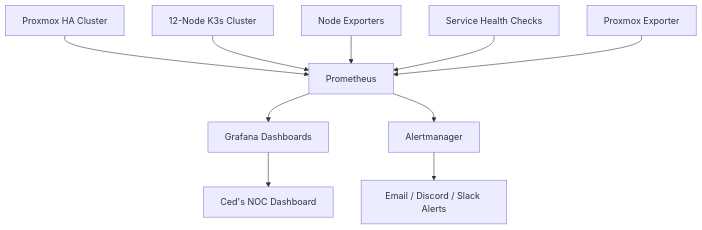
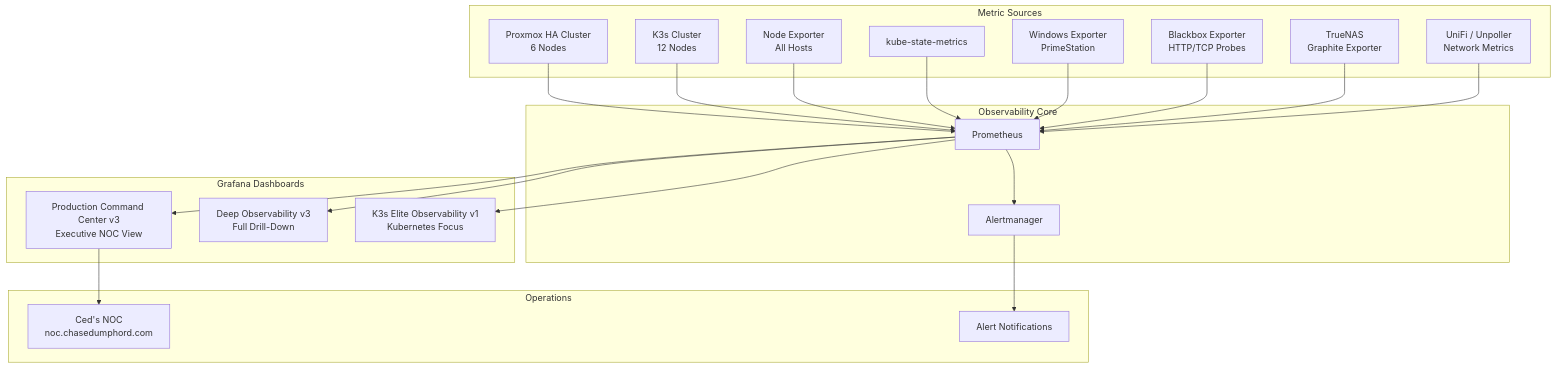
Before and after one commit to ced4568/ceds-observability-stack: the diagram in README.md, drawn with Mermaid. The commit also changed other lines of this file, not shown here.

Commit message:
docs: complete README rewrite with live dashboard documentation

````diff
--- a/README.md
+++ b/README.md
@@ -97,14 +25,35 @@
 ```mermaid
 flowchart TD
-    A[Proxmox HA Cluster] --> P[Prometheus]
-    B[12-Node K3s Cluster] --> P
-    C[Node Exporters] --> P
-    D[Service Health Checks] --> P
-    E[Proxmox Exporter] --> P
+    subgraph Sources["Metric Sources"]
+        PVE[Proxmox HA Cluster<br/>6 Nodes]
+        K3S[K3s Cluster<br/>12 Nodes]
+        NODE[Node Exporter<br/>All Hosts]
+        KSM[kube-state-metrics]
+        WIN[Windows Exporter<br/>PrimeStation]
+        BB[Blackbox Exporter<br/>HTTP/TCP Probes]
+        TN[TrueNAS<br/>Graphite Exporter]
+        UNI[UniFi / Unpoller<br/>Network Metrics]
+    end
 
-    P --> G[Grafana Dashboards]
-    P --> AM[Alertmanager]
+    subgraph Core["Observability Core"]
+        PROM[Prometheus]
+        AM[Alertmanager]
+    end
 
-    AM --> N[Email / Discord / Slack Alerts]
-    G --> NOC[Ced's NOC Dashboard]
+    subgraph Dashboards["Grafana Dashboards"]
+        CMD[Production Command Center v3<br/>Executive NOC View]
+        DEEP[Deep Observability v3<br/>Full Drill-Down]
+        K3SD[K3s Elite Observability v1<br/>Kubernetes Focus]
+    end
+
+    subgraph Output["Operations"]
+        NOC[Ced's NOC<br/>noc.chasedumphord.com]
+        ALERT[Alert Notifications]
+    end
+
+    PVE & K3S & NODE & KSM & WIN & BB & TN & UNI --> PROM
+    PROM --> AM
+    PROM --> CMD & DEEP & K3SD
+    CMD --> NOC
+    AM --> ALERT
 ```
````
